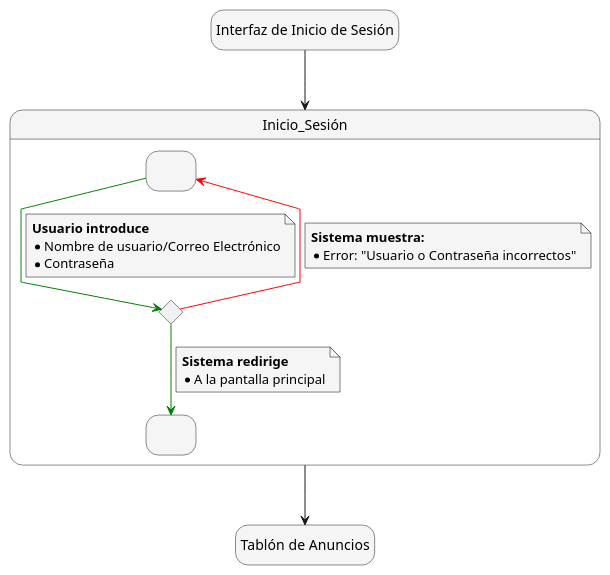
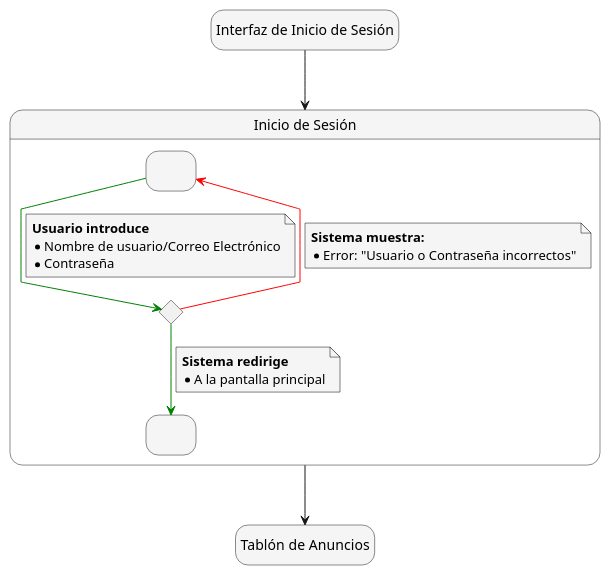
The diagram in modelosUML - Codigo/Detallado de CdU/2ªIteración/CdU_Inicio_Sesión.puml (mmasias/24-25-IdSw1-SDR), drawn with PlantUML before and after one commit.

```diff
--- a/modelosUML - Codigo/Detallado de CdU/2ªIteración/CdU_Inicio_Sesión.puml
+++ b/modelosUML - Codigo/Detallado de CdU/2ªIteración/CdU_Inicio_Sesión.puml
@@ -1,47 +1,47 @@
 @startuml Inicio_Sesión
 skinparam {
     NoteBackgroundColor #whiteSmoke
     NoteBorderColor #black
     linetype polyline
 }
 
 skinparam state {
     BackgroundColor #whiteSmoke
 }
 
 hide empty description
 
 state startState as "Interfaz de Inicio de Sesión"
 state endState as "Tablón de Anuncios"
 
 
 startState --> Inicio_Sesión
 
-state Inicio_Sesión {
+state Inicio_Sesión as "Inicio de Sesión" {
     state IngresoCredenciales as " "
     state ValidarCredenciales <<choice>>
     state InicioSesionCorrecto as " "
 
     IngresoCredenciales -[#green]-> ValidarCredenciales
     note on link
         <b>Usuario introduce</b>
         * Nombre de usuario/Correo Electrónico
         * Contraseña
     end note
 
     ValidarCredenciales -[#red]-> IngresoCredenciales
     note on link
         <b>Sistema muestra:</b>
         * Error: "Usuario o Contraseña incorrectos"
     end note
 
     ValidarCredenciales -[#green]-> InicioSesionCorrecto
     note on link
         <b>Sistema redirige</b>
         * A la pantalla principal
     end note
 }
 
 Inicio_Sesión --> endState
 
 @enduml
```
